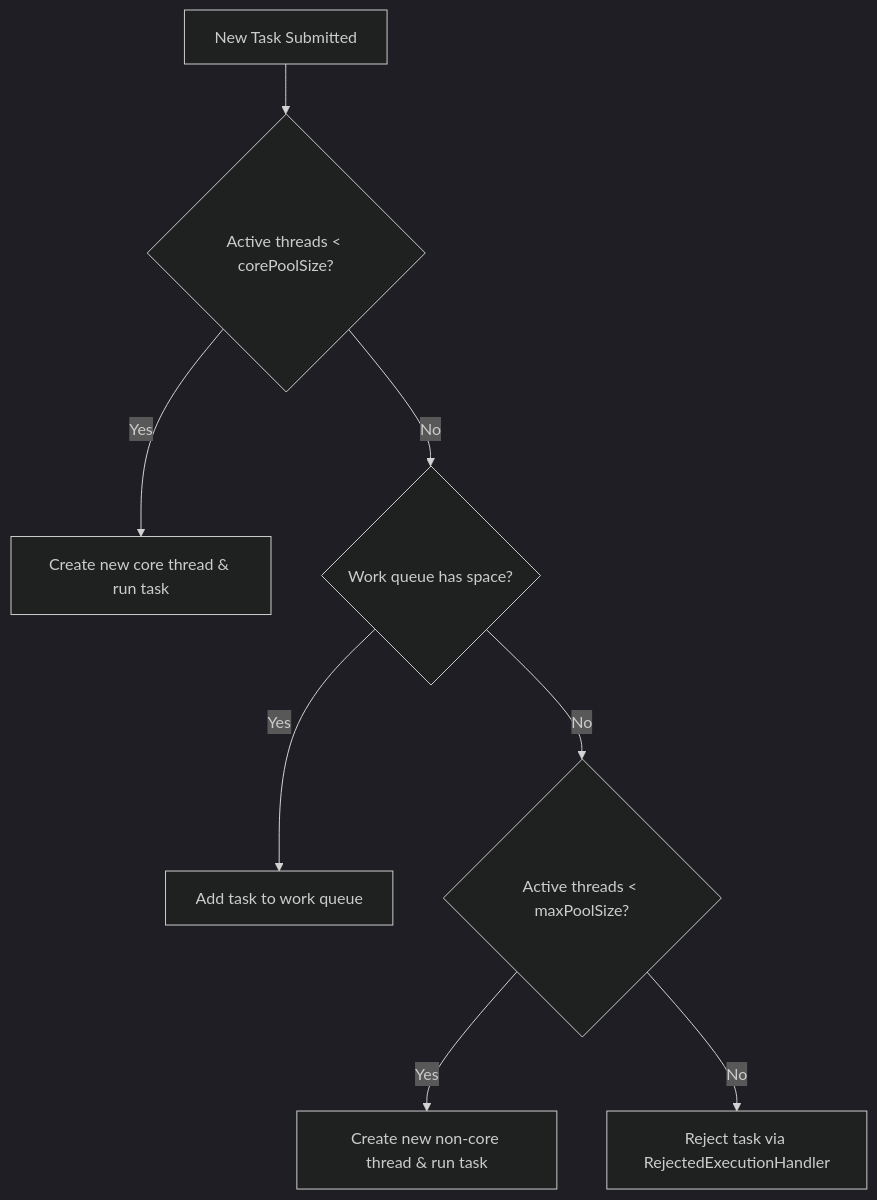
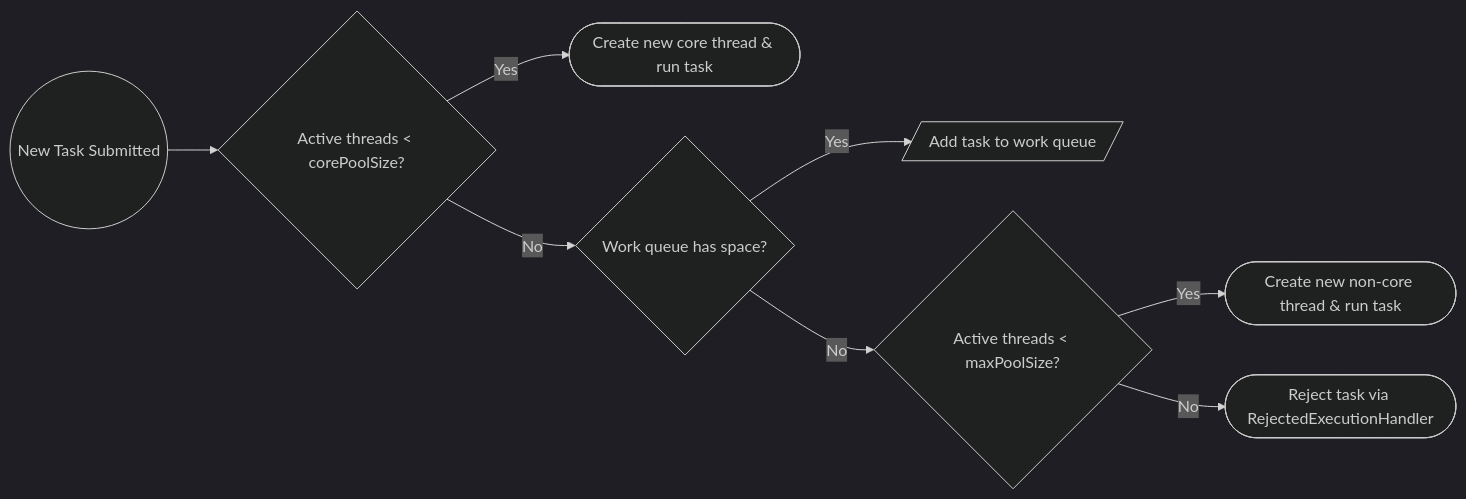
Before and after one commit to saivamsikaruturi/vamsilabs-dev-notes-main: the third of 5 diagrams in docs/java/Executors.md, drawn with Mermaid (dark theme). The commit also changed other lines of this file and 146 other files, not shown here.

Commit message:
Horizontal diagrams, UML class diagrams, typography overhaul, and permalink cleanup

````diff
--- a/docs/java/Executors.md
+++ b/docs/java/Executors.md
@@ -134,10 +136,10 @@
 ```mermaid
-flowchart TD
-    A[New Task Submitted] --> B{Active threads < corePoolSize?}
-    B -->|Yes| C[Create new core thread & run task]
-    B -->|No| D{Work queue has space?}
-    D -->|Yes| E[Add task to work queue]
-    D -->|No| F{Active threads < maxPoolSize?}
-    F -->|Yes| G[Create new non-core thread & run task]
-    F -->|No| H[Reject task via RejectedExecutionHandler]
+flowchart LR
+    A(("New Task Submitted")) --> B{"Active threads < corePoolSize?"}
+    B -->|Yes| C(["Create new core thread & run task"])
+    B -->|No| D{"Work queue has space?"}
+    D -->|Yes| E[/"Add task to work queue"/]
+    D -->|No| F{"Active threads < maxPoolSize?"}
+    F -->|Yes| G(["Create new non-core thread & run task"])
+    F -->|No| H(["Reject task via RejectedExecutionHandler"])
 ```
````
